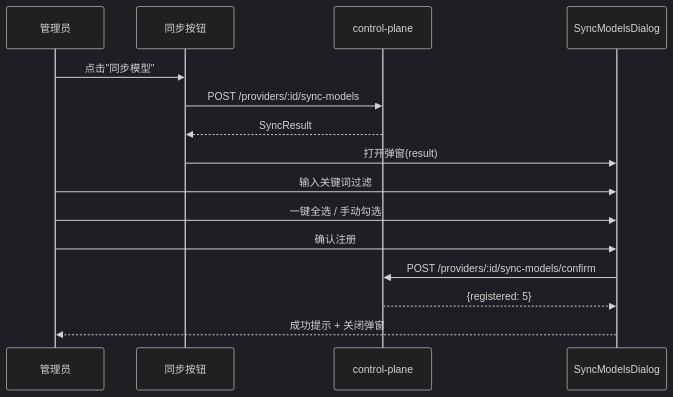
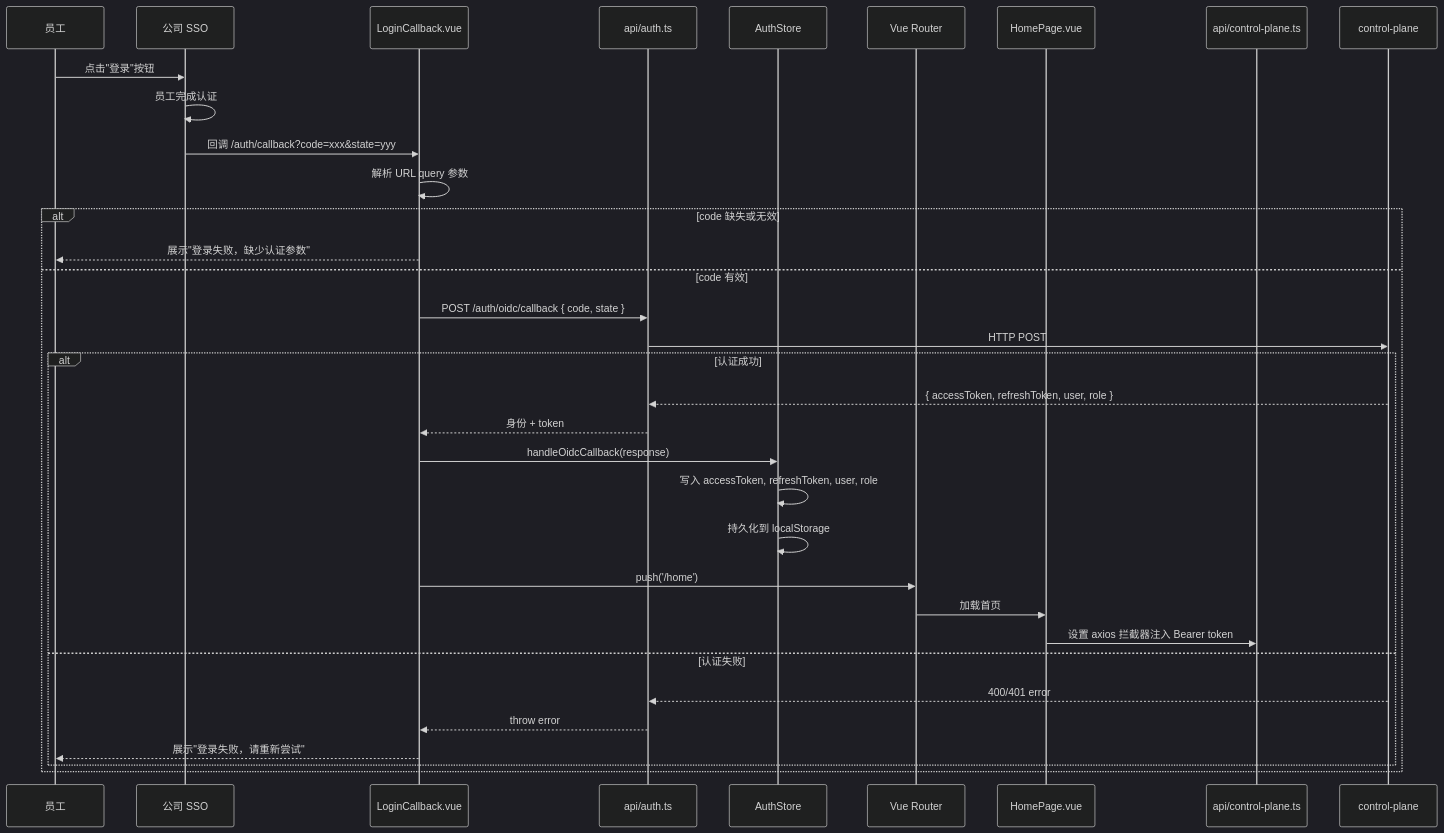
One commit to achieve-jsy/llm-gateway changed the first of 3 diagrams in xspec/changes/ops-console/design.delta.md. Above: the diagram before and after it, drawn with Mermaid (dark theme). The commit also changed other lines of this file and 231 other files, not shown here.

First line of the commit message:
feat(auth): 实现 SSO 登录和 API Key 管理功能

````diff
--- a/xspec/changes/ops-console/design.delta.md
+++ b/xspec/changes/ops-console/design.delta.md
@@ -30,18 +294,37 @@
 ```mermaid
 sequenceDiagram
-    participant User as 管理员
-    participant Btn as 同步按钮
-    participant API as control-plane
-    participant Dlg as SyncModelsDialog
+    participant User as 员工
+    participant SSO as 公司 SSO
+    participant Callback as LoginCallback.vue
+    participant AuthAPI as api/auth.ts
+    participant Store as AuthStore
+    participant Router as Vue Router
+    participant Home as HomePage.vue
+    participant API as api/control-plane.ts
+    participant CP as control-plane
 
-    User->>Btn: 点击"同步模型"
-    Btn->>API: POST /providers/:id/sync-models
-    API-->>Btn: SyncResult
-    Btn->>Dlg: 打开弹窗(result)
-    User->>Dlg: 输入关键词过滤
-    User->>Dlg: 一键全选 / 手动勾选
-    User->>Dlg: 确认注册
-    Dlg->>API: POST /providers/:id/sync-models/confirm
-    API-->>Dlg: {registered: 5}
-    Dlg-->>User: 成功提示 + 关闭弹窗
+    User->>SSO: 点击"登录"按钮
+    SSO->>SSO: 员工完成认证
+    SSO->>Callback: 回调 /auth/callback?code=xxx&state=yyy
+    Callback->>Callback: 解析 URL query 参数
+    alt code 缺失或无效
+        Callback-->>User: 展示"登录失败，缺少认证参数"
+    else code 有效
+        Callback->>AuthAPI: POST /auth/oidc/callback { code, state }
+        AuthAPI->>CP: HTTP POST
+        alt 认证成功
+            CP-->>AuthAPI: { accessToken, refreshToken, user, role }
+            AuthAPI-->>Callback: 身份 + token
+            Callback->>Store: handleOidcCallback(response)
+            Store->>Store: 写入 accessToken, refreshToken, user, role
+            Store->>Store: 持久化到 localStorage
+            Callback->>Router: push('/home')
+            Router->>Home: 加载首页
+            Home->>API: 设置 axios 拦截器注入 Bearer token
+        else 认证失败
+            CP-->>AuthAPI: 400/401 error
+            AuthAPI-->>Callback: throw error
+            Callback-->>User: 展示"登录失败，请重新尝试"
+        end
+    end
 ```
````
